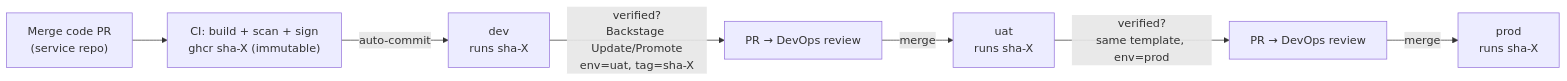
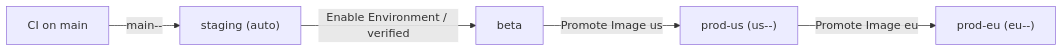
The second of 2 diagrams in docs/environments.md (duynhlab/backstage), drawn with Mermaid before and after one commit. The commit also changed other lines of this file and 60 other files, not shown here.

````diff
--- a/docs/environments.md
+++ b/docs/environments.md
@@ -23,9 +63,7 @@
 ```mermaid
 flowchart LR
-    Merge["Merge code PR\n(service repo)"] --> Build["CI: build + scan + sign\nghcr sha-X (immutable)"]
-    Build -->|"auto-commit"| Dev["dev\nruns sha-X"]
-    Dev -->|"verified?\nBackstage Update/Promote\nenv=uat, tag=sha-X"| PRU["PR → DevOps review"]
-    PRU -->|merge| Uat["uat\nruns sha-X"]
-    Uat -->|"verified?\nsame template, env=prod"| PRP["PR → DevOps review"]
-    PRP -->|merge| Prod["prod\nruns sha-X"]
+    CI["CI on main"] -->|"main-<n>-<sha>"| Stg["staging (auto)"]
+    Stg -->|"Enable Environment / verified"| Beta["beta"]
+    Beta -->|"Promote Image us"| US["prod-us (us-<n>-<sha>)"]
+    US -->|"Promote Image eu"| EU["prod-eu (eu-<n>-<sha>)"]
 ```
````
